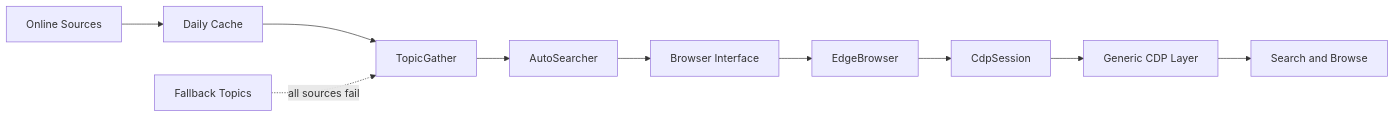
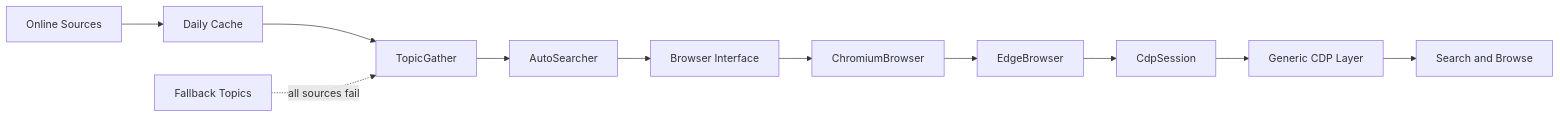
Before and after one commit to Ammmob/AutoSearcher: the diagram in README.md, drawn with Mermaid. The commit also changed other lines of this file and 7 other files, not shown here.

Commit message:
refactor: extract shared Chromium browser flow

````diff
--- a/README.md
+++ b/README.md
@@ -48,12 +48,13 @@
 ```mermaid
 flowchart LR
     Sources[Online Sources] --> Cache[Daily Cache]
     Cache --> Gather[TopicGather]
     Fallback[Fallback Topics] -. all sources fail .-> Gather
     Gather --> Runner[AutoSearcher]
     Runner --> Browser[Browser Interface]
-    Browser --> Edge[EdgeBrowser]
+    Browser --> Chromium[ChromiumBrowser]
+    Chromium --> Edge[EdgeBrowser]
     Edge --> Session[CdpSession]
     Session --> CDP[Generic CDP Layer]
     CDP --> Search[Search and Browse]
 ```
````
